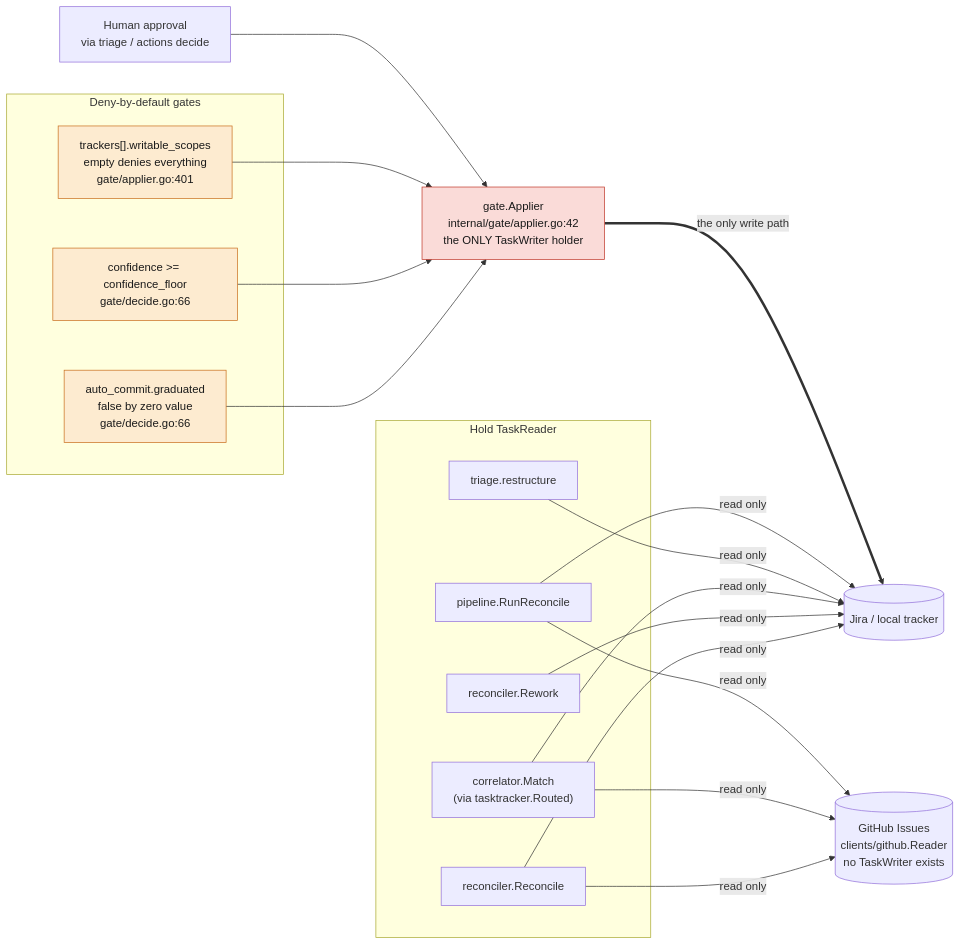
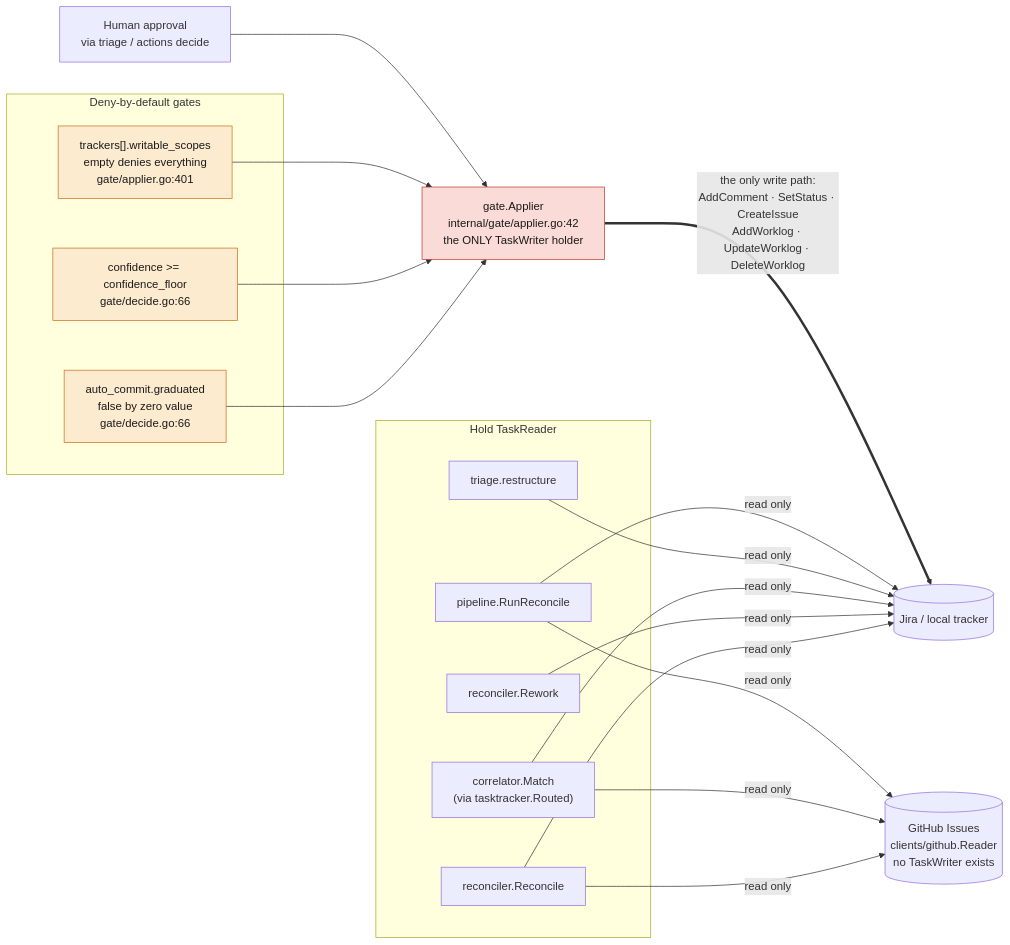
One commit to jcogilvie/unjira changed the second of 4 diagrams in docs/architecture.md. Above: the diagram before and after it, drawn with Mermaid. The commit also changed other lines of this file and 49 other files, not shown here.

````diff
--- a/docs/architecture.md
+++ b/docs/architecture.md
@@ -308,43 +322,43 @@
 ```mermaid
 ---
 config:
   nodeSpacing: 70
   rankSpacing: 130
 ---
 flowchart LR
     subgraph readers["Hold TaskReader"]
         R1["reconciler.Reconcile"]
         R2["reconciler.Rework"]
         R3["correlator.Match<br/>(via tasktracker.Routed)"]
         R4["triage.restructure"]
         R5["pipeline.RunReconcile"]
     end
 
     subgraph gates["Deny-by-default gates"]
         G1["auto_commit.graduated<br/>false by zero value<br/>gate/decide.go:66"]
         G2["confidence >= confidence_floor<br/>gate/decide.go:66"]
         G3["trackers[].writable_scopes<br/>empty denies everything<br/>gate/applier.go:401"]
     end
 
     HUMAN["Human approval<br/>via triage / actions decide"]
     A["gate.Applier<br/>internal/gate/applier.go:42<br/>the ONLY TaskWriter holder"]
     TRACKER[("Jira / local tracker")]
     GH[("GitHub Issues<br/>clients/github.Reader<br/>no TaskWriter exists")]
 
     R1 -->|"read only"| TRACKER
     R2 -->|"read only"| TRACKER
     R3 -->|"read only"| TRACKER
     R4 -->|"read only"| TRACKER
     R5 -->|"read only"| TRACKER
     R1 & R3 & R5 -->|"read only"| GH
     G1 --> A
     G2 --> A
     G3 --> A
     HUMAN --> A
-    A ==>|"the only write path"| TRACKER
+    A ==>|"the only write path:<br/>AddComment · SetStatus · CreateIssue<br/>AddWorklog · UpdateWorklog · DeleteWorklog"| TRACKER
 
     classDef danger fill:#fadbd8,stroke:#c0392b,color:#1a1a1a
     classDef gate fill:#fdebd0,stroke:#ca6f1e,color:#1a1a1a
     class A danger
     class G1,G2,G3 gate
 ```
````
